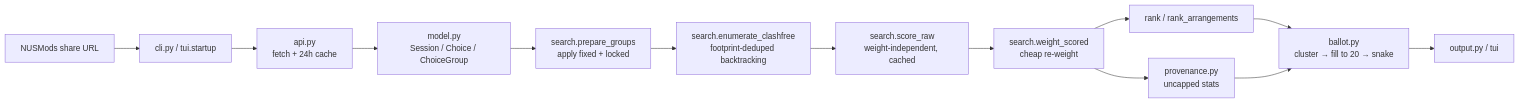
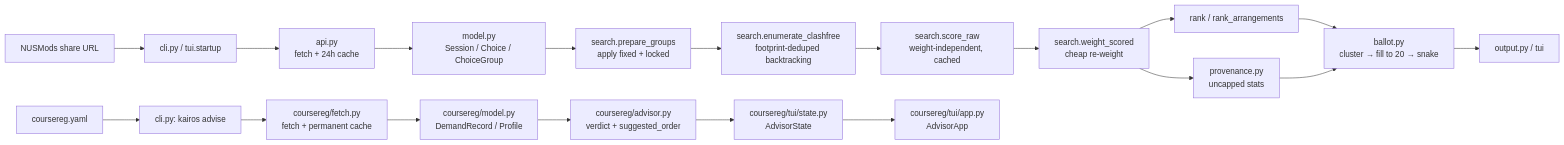
The diagram in docs/architecture.md (dabby9734/kairos), drawn with Mermaid before and after one commit. The commit also changed other lines of this file and 3 other files, not shown here.

Commit message:
docs: document the coursereg advisor across all pages

````diff
--- a/docs/architecture.md
+++ b/docs/architecture.md
@@ -38,15 +51,22 @@
 ```mermaid
 flowchart LR
     URL[NUSMods share URL] --> CLI[cli.py / tui.startup]
     CLI --> API[api.py<br/>fetch + 24h cache]
     API --> MODEL[model.py<br/>Session / Choice / ChoiceGroup]
     MODEL --> PREP[search.prepare_groups<br/>apply fixed + locked]
     PREP --> ENUM[search.enumerate_clashfree<br/>footprint-deduped backtracking]
     ENUM --> RAW[search.score_raw<br/>weight-independent, cached]
     RAW --> W[search.weight_scored<br/>cheap re-weight]
     W --> RANK[rank / rank_arrangements]
     W --> PROV[provenance.py<br/>uncapped stats]
     RANK --> BALLOT[ballot.py<br/>cluster → fill to 20 → snake]
     PROV --> BALLOT
     BALLOT --> OUT[output.py / tui]
+
+    YAML[coursereg.yaml] --> CRCLI[cli.py: kairos advise]
+    CRCLI --> FETCH[coursereg/fetch.py<br/>fetch + permanent cache]
+    FETCH --> CRMODEL[coursereg/model.py<br/>DemandRecord / Profile]
+    CRMODEL --> ADV[coursereg/advisor.py<br/>verdict + suggested_order]
+    ADV --> CRSTATE[coursereg/tui/state.py<br/>AdvisorState]
+    CRSTATE --> CRAPP[coursereg/tui/app.py<br/>AdvisorApp]
 ```
````
